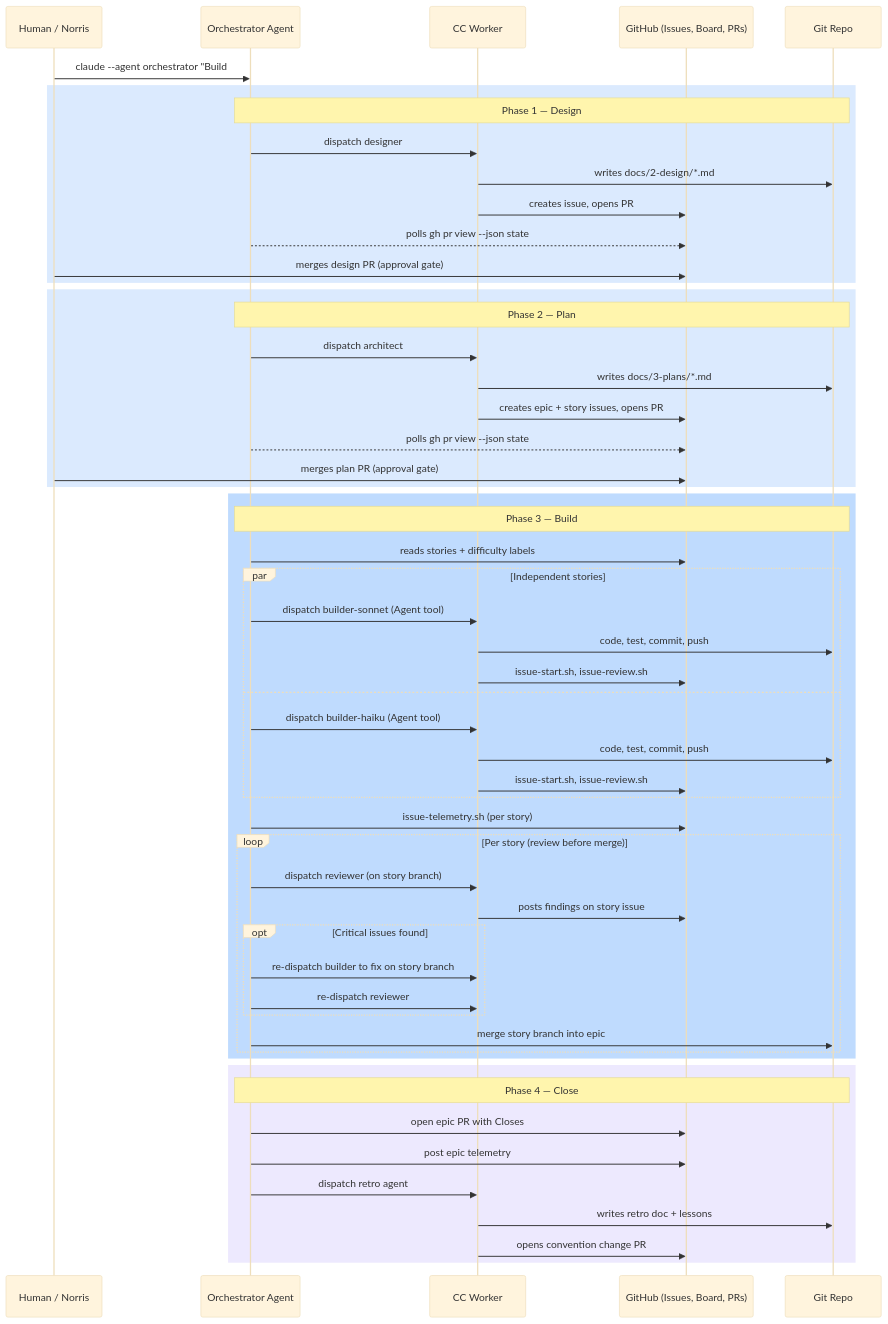
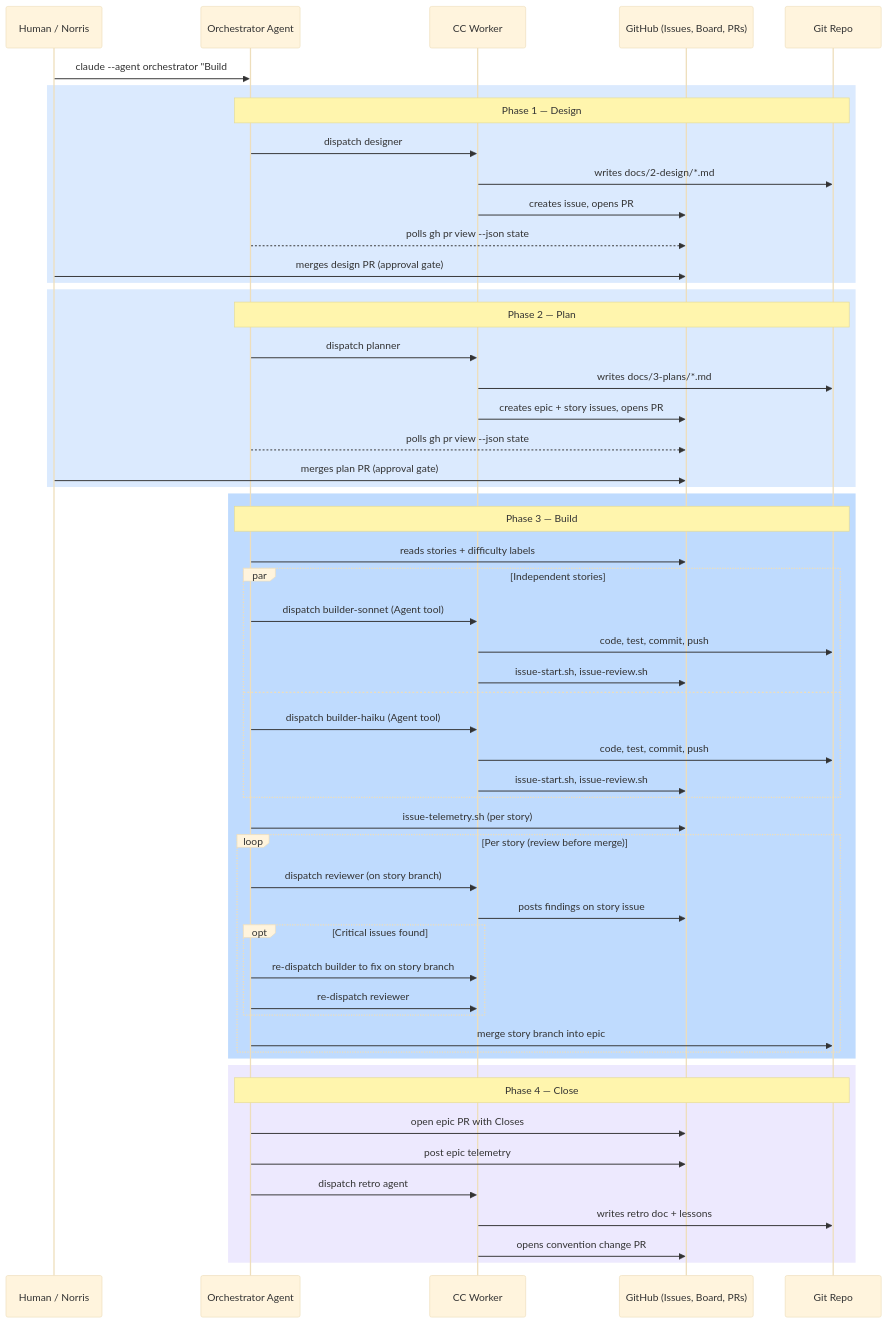
One commit to carlosboeing/agentic-sdlc-workflow changed the third of 4 diagrams in docs/2-design/2026-03-09-agentic-sdlc-v2-design.md. Above: the diagram before and after it, drawn with Mermaid (base theme). The commit also changed other lines of this file and 46 other files, not shown here.

First line of the commit message:
refactor(agents): rename architect agent to planner

````diff
--- a/docs/2-design/2026-03-09-agentic-sdlc-v2-design.md
+++ b/docs/2-design/2026-03-09-agentic-sdlc-v2-design.md
@@ -174,64 +174,64 @@
 ```mermaid
 sequenceDiagram
     participant Human as Human / Norris
     participant Orch as Orchestrator Agent
     participant Worker as CC Worker
     participant GH as GitHub (Issues, Board, PRs)
     participant Repo as Git Repo
 
     Human->>Orch: claude --agent orchestrator "Build #5"
 
     rect rgb(219, 234, 254)
     Note over Orch,Repo: Phase 1 — Design
     Orch->>Worker: dispatch designer
     Worker->>Repo: writes docs/2-design/*.md
     Worker->>GH: creates issue, opens PR
     Orch-->>GH: polls gh pr view --json state
     Human->>GH: merges design PR (approval gate)
     end
 
     rect rgb(219, 234, 254)
     Note over Orch,Repo: Phase 2 — Plan
-    Orch->>Worker: dispatch architect
+    Orch->>Worker: dispatch planner
     Worker->>Repo: writes docs/3-plans/*.md
     Worker->>GH: creates epic + story issues, opens PR
     Orch-->>GH: polls gh pr view --json state
     Human->>GH: merges plan PR (approval gate)
     end
 
     rect rgb(191, 219, 254)
     Note over Orch,Repo: Phase 3 — Build
     Orch->>GH: reads stories + difficulty labels
 
     par Independent stories
         Orch->>Worker: dispatch builder-sonnet (Agent tool)
         Worker->>Repo: code, test, commit, push
         Worker->>GH: issue-start.sh, issue-review.sh
     and
         Orch->>Worker: dispatch builder-haiku (Agent tool)
         Worker->>Repo: code, test, commit, push
         Worker->>GH: issue-start.sh, issue-review.sh
     end
 
     Orch->>GH: issue-telemetry.sh (per story)
 
     loop Per story (review before merge)
         Orch->>Worker: dispatch reviewer (on story branch)
         Worker->>GH: posts findings on story issue
         opt Critical issues found
             Orch->>Worker: re-dispatch builder to fix on story branch
             Orch->>Worker: re-dispatch reviewer
         end
         Orch->>Repo: merge story branch into epic
     end
     end
 
     rect rgb(237, 233, 254)
     Note over Orch,Repo: Phase 4 — Close
     Orch->>GH: open epic PR with Closes #NN
     Orch->>GH: post epic telemetry
     Orch->>Worker: dispatch retro agent
     Worker->>Repo: writes retro doc + lessons
     Worker->>GH: opens convention change PR
     end
 ```
````
